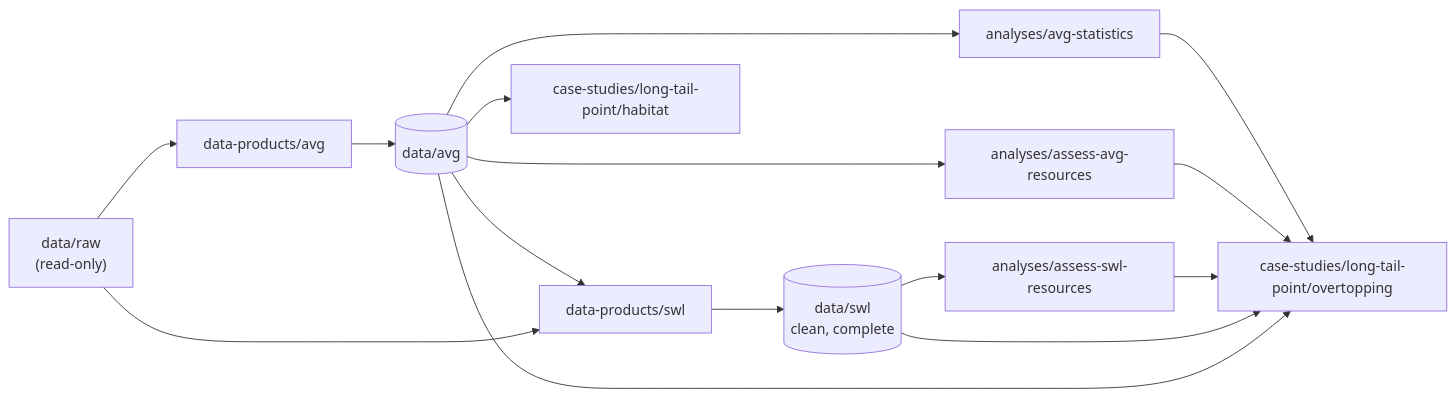
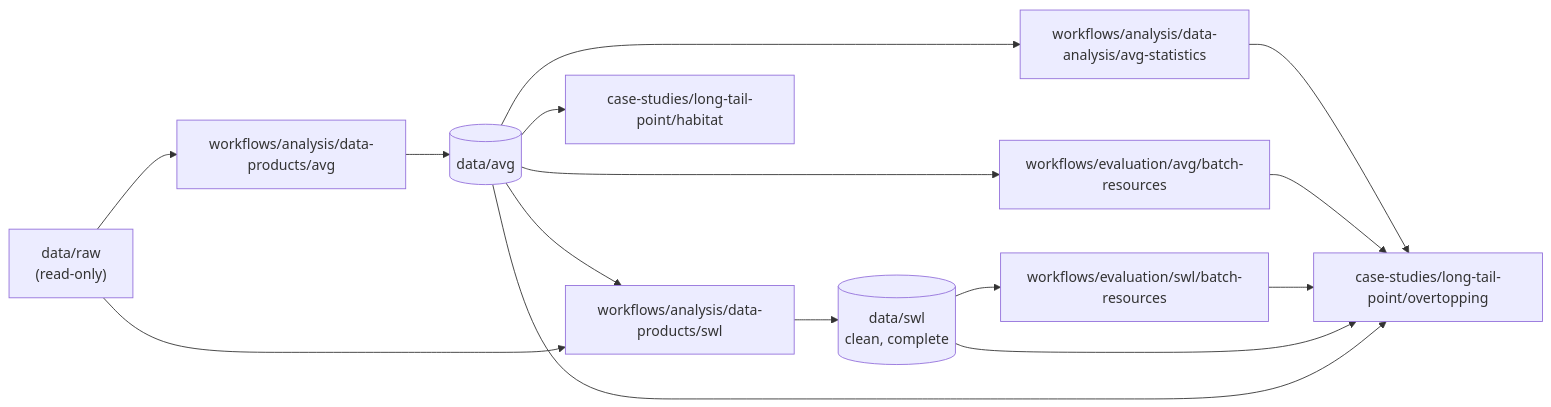
Before and after one commit to JohnRushKucharski/great-lakes: the diagram in README.md, drawn with Mermaid. The commit also changed other lines of this file and 32 other files, not shown here.

````diff
--- a/README.md
+++ b/README.md
@@ -17,17 +20,17 @@
 ```mermaid
 flowchart LR
-    raw["data/raw<br/>(read-only)"] --> avgp["data-products/avg"]
-    raw --> swlp["data-products/swl"]
+    raw["data/raw<br/>(read-only)"] --> avgp["workflows/analysis/data-products/avg"]
+    raw --> swlp["workflows/analysis/data-products/swl"]
     avgp --> avg[("data/avg")]
     swlp --> swl[("data/swl<br/>clean, complete")]
     avg --> swlp
-    avg --> avgstat["analyses/avg-statistics"]
-    avg --> aavg["analyses/assess-avg-resources"]
-    swl --> aswl["analyses/assess-swl-resources"]
+    avg --> avgstat["workflows/analysis/data-analysis/avg-statistics"]
+    avg --> aavg["workflows/evaluation/avg/batch-resources"]
+    swl --> aswl["workflows/evaluation/swl/batch-resources"]
     avg --> ot["case-studies/long-tail-point/overtopping"]
     swl --> ot
     aswl --> ot
     aavg --> ot
     avgstat --> ot
     avg --> hab["case-studies/long-tail-point/habitat"]
 ```
````
